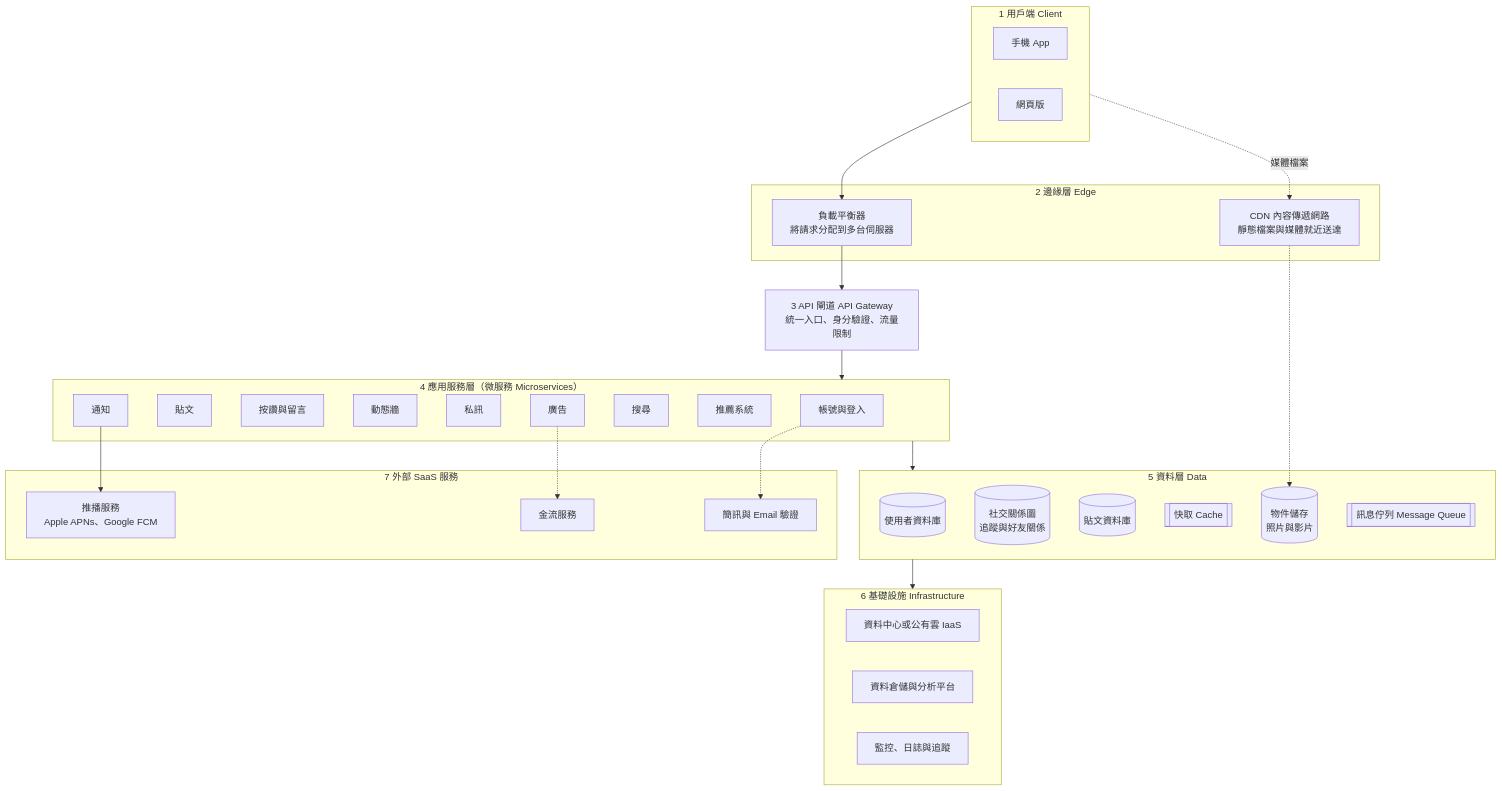
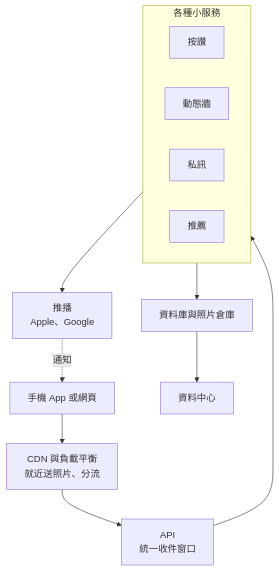
The first of 2 diagrams in lectures/wk01_1007_saas-storefront/social_media_architecture.md (cychiang-ntpu/VibeNTPU), drawn with Mermaid before and after one commit. The commit also changed other lines of this file and 41 other files, not shown here.

````diff
--- a/lectures/wk01_1007_saas-storefront/social_media_architecture.md
+++ b/lectures/wk01_1007_saas-storefront/social_media_architecture.md
@@ -43,54 +15,19 @@
 ```mermaid
 flowchart TB
-    subgraph L1["1 用戶端 Client"]
-        APP["手機 App"]
-        WEB["網頁版"]
-    end
-
-    subgraph L2["2 邊緣層 Edge"]
-        CDN["CDN 內容傳遞網路<br/>靜態檔案與媒體就近送達"]
-        LB["負載平衡器<br/>將請求分配到多台伺服器"]
-    end
-
-    GW["3 API 閘道 API Gateway<br/>統一入口、身分驗證、流量限制"]
-
-    subgraph L4["4 應用服務層（微服務 Microservices）"]
-        AUTH["帳號與登入"]
-        POST["貼文"]
-        LIKE["按讚與留言"]
+    APP["手機 App 或網頁"]
+    EDGE["CDN 與負載平衡<br/>就近送照片、分流"]
+    API["API<br/>統一收件窗口"]
+    subgraph SVC["各種小服務"]
+        LIKE["按讚"]
         FEED["動態牆"]
         DM["私訊"]
-        NOTI["通知"]
-        SEARCH["搜尋"]
-        REC["推薦系統"]
-        ADS["廣告"]
+        REC["推薦"]
     end
+    DATA["資料庫與照片倉庫"]
+    DC["資料中心"]
+    PUSH["推播<br/>Apple、Google"]
 
-    subgraph L5["5 資料層 Data"]
-        UDB[("使用者資料庫")]
-        GRAPH[("社交關係圖<br/>追蹤與好友關係")]
-        PDB[("貼文資料庫")]
-        CACHE[["快取 Cache"]]
-        OBJ[("物件儲存<br/>照片與影片")]
-        MQ[["訊息佇列 Message Queue"]]
-    end
-
-    subgraph L6["6 基礎設施 Infrastructure"]
-        DC["資料中心或公有雲 IaaS"]
-        BI["資料倉儲與分析平台"]
-        OBS["監控、日誌與追蹤"]
-    end
-
-    subgraph L7["7 外部 SaaS 服務"]
-        PUSH["推播服務<br/>Apple APNs、Google FCM"]
-        PAY["金流服務"]
-        SMS["簡訊與 Email 驗證"]
-    end
-
-    L1 --> LB --> GW --> L4
-    L1 -. "媒體檔案" .-> CDN -.-> OBJ
-    L4 --> L5 --> L6
-    NOTI --> PUSH
-    AUTH -.-> SMS
-    ADS -.-> PAY
+    APP --> EDGE --> API --> SVC --> DATA --> DC
+    SVC --> PUSH
+    PUSH -. "通知" .-> APP
 ```
````
